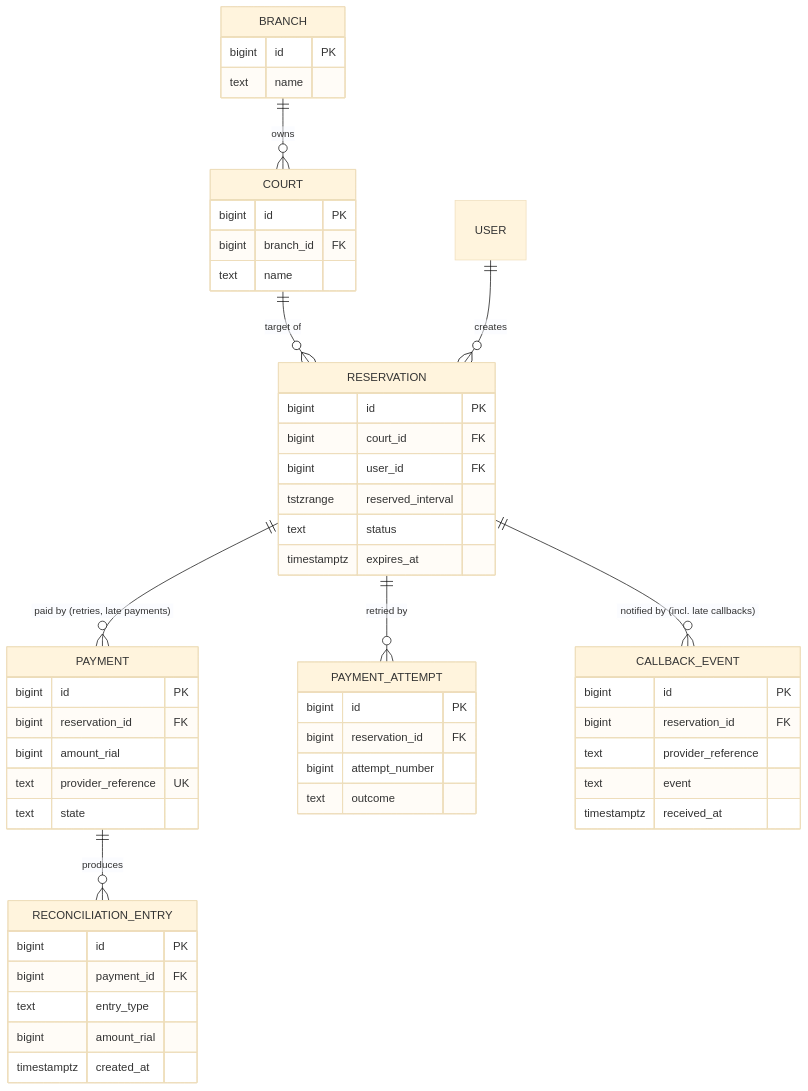
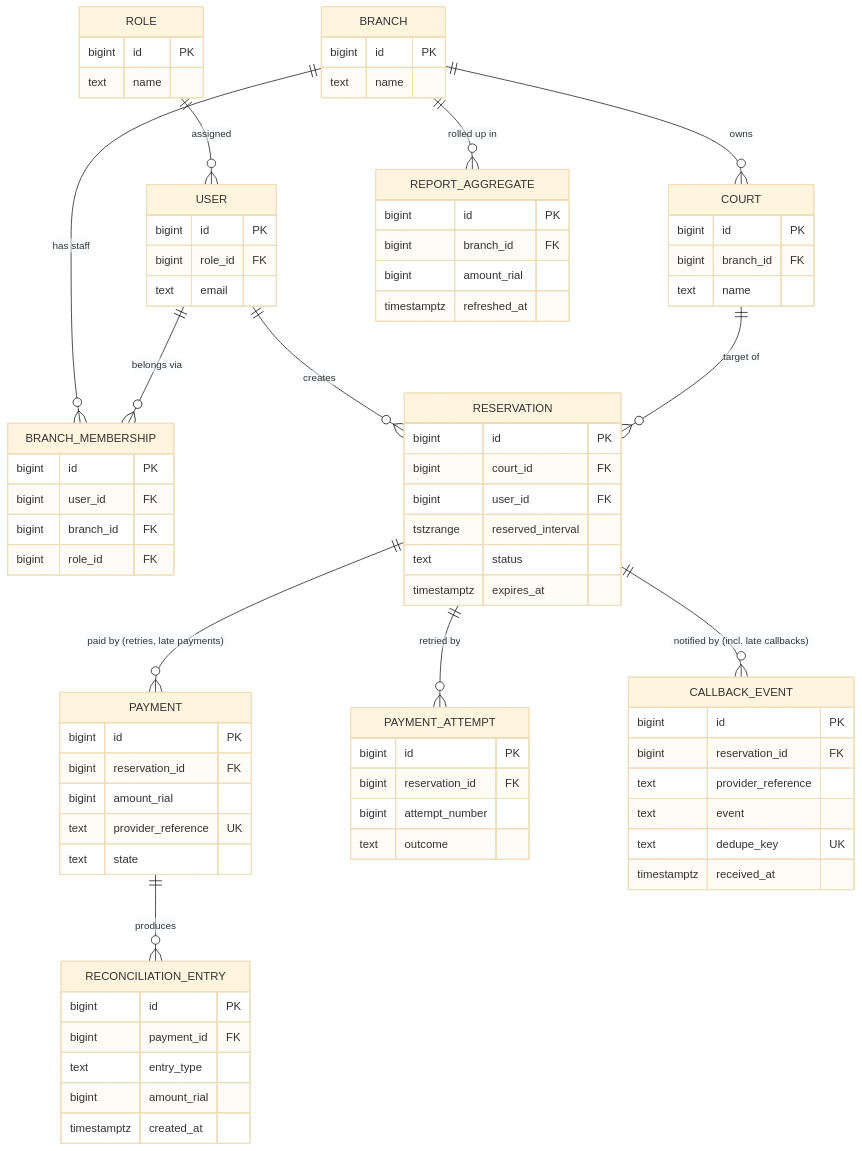
Before and after one commit to Farhooralz/backend-assessment: the first of 2 diagrams in task10_erp_architecture/README.md, drawn with Mermaid (base theme). The commit also changed other lines of this file and 5 other files, not shown here.

````diff
--- a/task10_erp_architecture/README.md
+++ b/task10_erp_architecture/README.md
@@ -39,54 +70,80 @@
 ```mermaid
 erDiagram
+    ROLE ||--o{ USER : assigned
     BRANCH ||--o{ COURT : owns
+    BRANCH ||--o{ BRANCH_MEMBERSHIP : "has staff"
+    USER ||--o{ BRANCH_MEMBERSHIP : "belongs via"
+    BRANCH ||--o{ REPORT_AGGREGATE : "rolled up in"
+    USER ||--o{ RESERVATION : creates
     COURT ||--o{ RESERVATION : "target of"
-    USER ||--o{ RESERVATION : creates
     RESERVATION ||--o{ PAYMENT : "paid by (retries, late payments)"
     RESERVATION ||--o{ PAYMENT_ATTEMPT : "retried by"
     RESERVATION ||--o{ CALLBACK_EVENT : "notified by (incl. late callbacks)"
     PAYMENT ||--o{ RECONCILIATION_ENTRY : "produces"
+    ROLE {
+        bigint id PK
+        text name
+    }
+    USER {
+        bigint id PK
+        bigint role_id FK
+        text email
+    }
+    BRANCH_MEMBERSHIP {
+        bigint id PK
+        bigint user_id FK
+        bigint branch_id FK
+        bigint role_id FK
+    }
     BRANCH {
         bigint id PK
         text name
     }
     COURT {
         bigint id PK
         bigint branch_id FK
         text name
     }
     RESERVATION {
         bigint id PK
         bigint court_id FK
         bigint user_id FK
         tstzrange reserved_interval
         text status
         timestamptz expires_at
     }
     PAYMENT {
         bigint id PK
         bigint reservation_id FK
         bigint amount_rial
         text provider_reference UK
         text state
     }
     PAYMENT_ATTEMPT {
         bigint id PK
         bigint reservation_id FK
         bigint attempt_number
         text outcome
     }
     CALLBACK_EVENT {
         bigint id PK
         bigint reservation_id FK
         text provider_reference
         text event
+        text dedupe_key UK
         timestamptz received_at
+    }
+    REPORT_AGGREGATE {
+        bigint id PK
+        bigint branch_id FK
+        bigint amount_rial
+        timestamptz refreshed_at
     }
     RECONCILIATION_ENTRY {
         bigint id PK
         bigint payment_id FK
         text entry_type
         bigint amount_rial
         timestamptz created_at
     }
 ```
````
